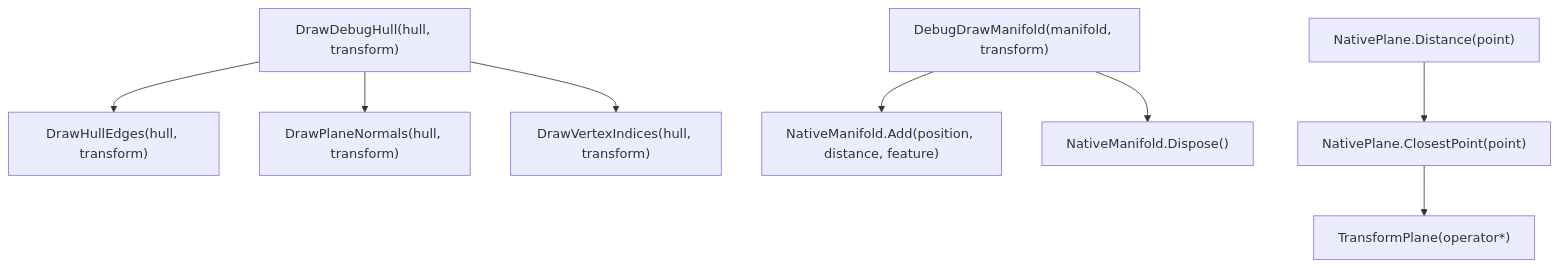
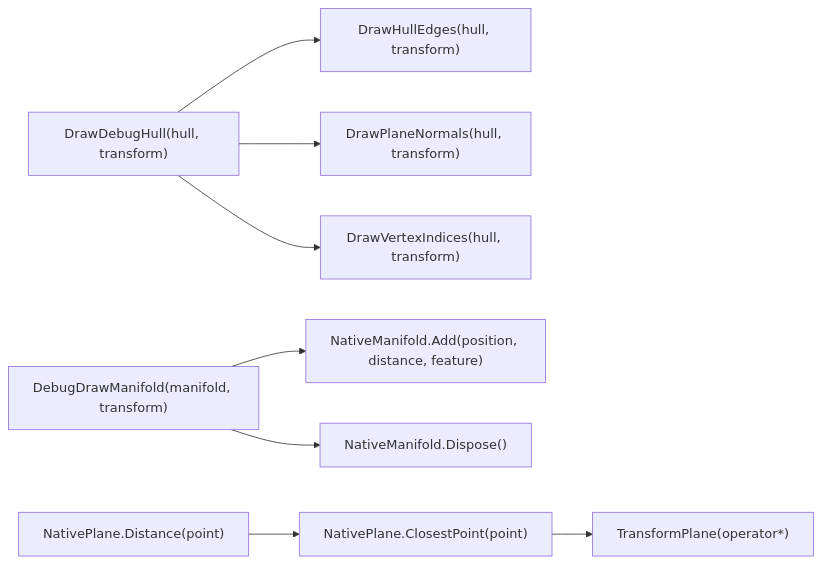
Before and after one commit to violetzcm123/collision_algorithm: the diagram in Assets/碰撞算法文档/HullDrawingUtility.md, drawn with Mermaid. The commit also changed other lines of this file and 8 other files, not shown here.

````diff
--- a/Assets/碰撞算法文档/HullDrawingUtility.md
+++ b/Assets/碰撞算法文档/HullDrawingUtility.md
@@ -9,28 +9,28 @@
 ```mermaid
-flowchart TD
+flowchart LR
 
 A["DrawDebugHull(hull, transform)"]
 B["DrawHullEdges(hull, transform)"]
 C["DrawPlaneNormals(hull, transform)"]
 D["DrawVertexIndices(hull, transform)"]
 E["DebugDrawManifold(manifold, transform)"]
 F["NativeManifold.Add(position, distance, feature)"]
 G["NativeManifold.Dispose()"]
 H["NativePlane.Distance(point)"]
 I["NativePlane.ClosestPoint(point)"]
 J["TransformPlane(operator*)"]
 
 A --> B
 A --> C
 A --> D
 E --> F
 E --> G
 H --> I
 I --> J
 
 click A "#DrawDebugHull" "跳转到 DrawDebugHull"
 click E "#DebugDrawManifold" "跳转到 DebugDrawManifold"
 click F "#NativeManifold_Add_Dispose" "跳转到 NativeManifold_Add_Dispose"
 click H "#NativePlane_Distance_ClosestPoint" "跳转到 NativePlane_Distance_ClosestPoint"
 
 ```
````
